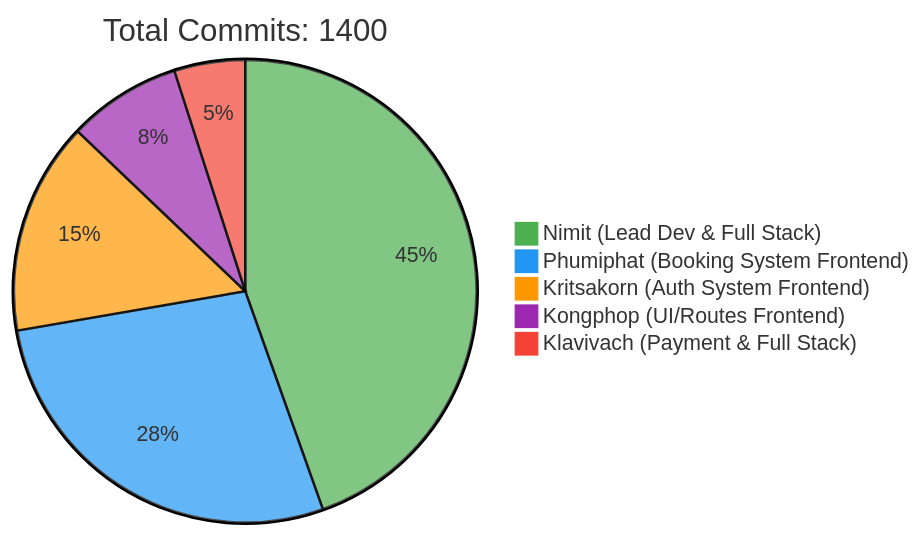
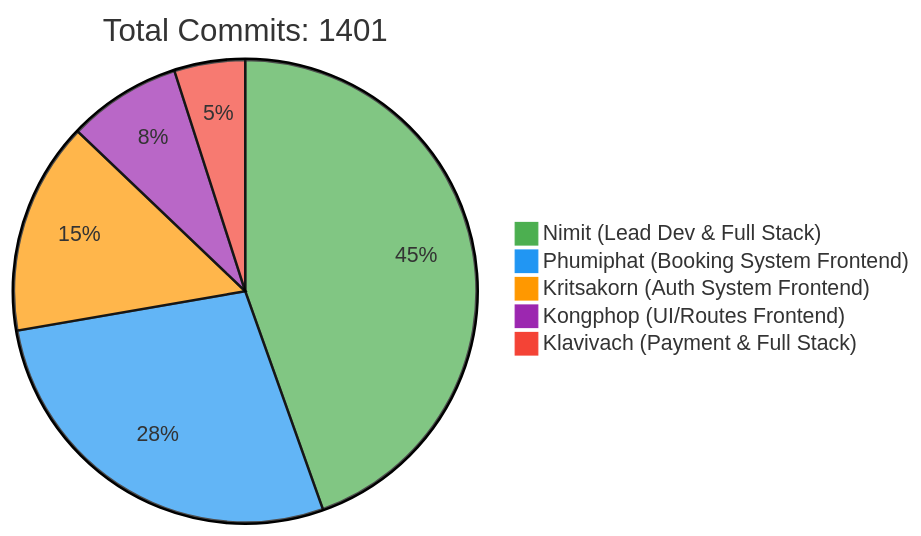
The first of 2 diagrams in README.md (6531503042/Sport-Complex), drawn with Mermaid before and after one commit. The commit also changed other lines of this file, not shown here.

Commit message:
docs: Update contributor statistics [skip ci]

````diff
--- a/README.md
+++ b/README.md
@@ -257,10 +257,10 @@
 ```mermaid
 %%{init: {'theme': 'base', 'themeVariables': { 'pie1': '#4CAF50', 'pie2': '#2196F3', 'pie3': '#FF9800', 'pie4': '#9C27B0', 'pie5': '#F44336'}}}%%
 pie
-    title Total Commits: 1400
+    title Total Commits: 1401
     "Nimit (Lead Dev & Full Stack)" : 450
     "Phumiphat (Booking System Frontend)" : 280
     "Kritsakorn (Auth System Frontend)" : 150
     "Kongphop (UI/Routes Frontend)" : 80
     "Klavivach (Payment & Full Stack)" : 50
 ```
````
